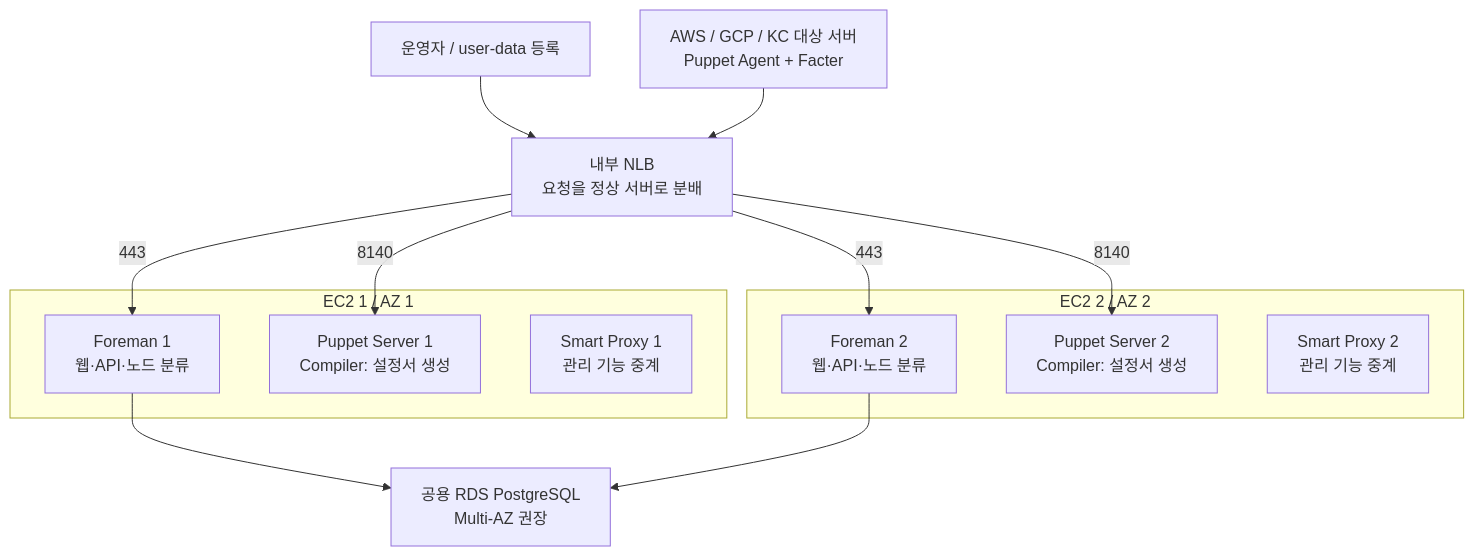
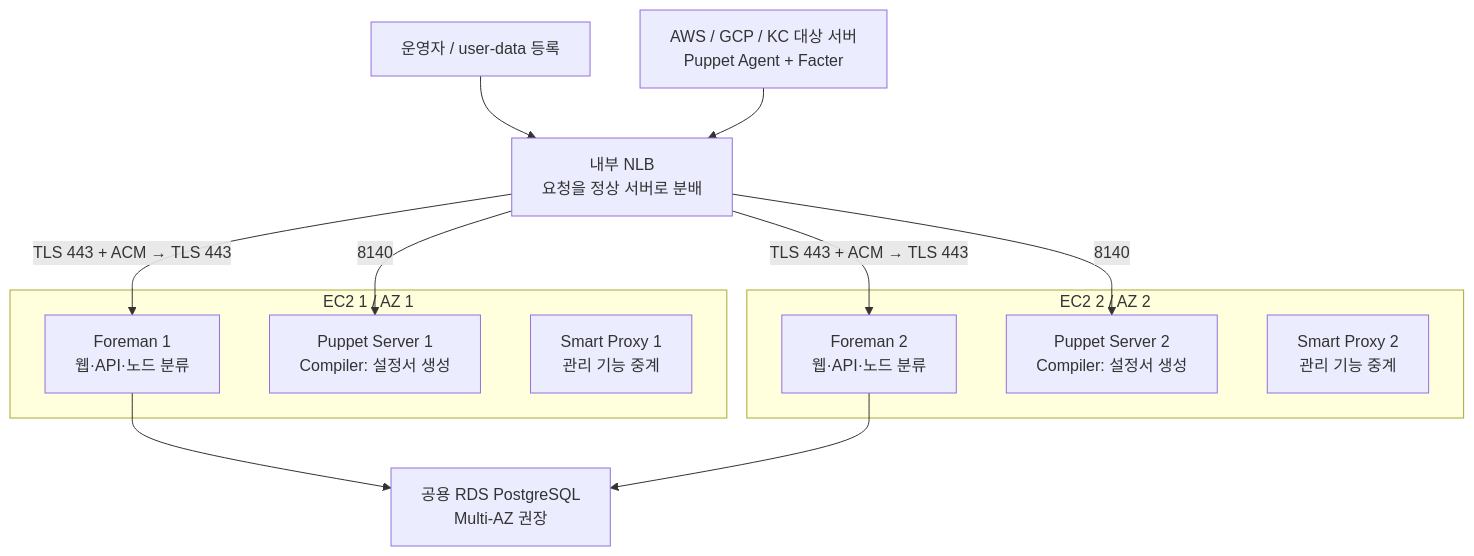
One commit to heyoon2j/y2-devops-lab changed the third of 5 diagrams in foreman-puppet/docs/ARCHITECTURE_GUIDE.md. Above: the diagram before and after it, drawn with Mermaid. The commit also changed other lines of this file and 17 other files, not shown here.

Commit message:
feat(foreman-puppet): use ACM on NLB and separate backend service TLS

````diff
--- a/foreman-puppet/docs/ARCHITECTURE_GUIDE.md
+++ b/foreman-puppet/docs/ARCHITECTURE_GUIDE.md
@@ -159,21 +159,21 @@
 ```mermaid
 flowchart TB
     U["운영자 / user-data 등록"] --> L["내부 NLB\n요청을 정상 서버로 분배"]
     A["AWS / GCP / KC 대상 서버\nPuppet Agent + Facter"] --> L
     subgraph V1["EC2 1 / AZ 1"]
       F1["Foreman 1\n웹·API·노드 분류"]
       C1["Puppet Server 1\nCompiler: 설정서 생성"]
       S1["Smart Proxy 1\n관리 기능 중계"]
     end
     subgraph V2["EC2 2 / AZ 2"]
       F2["Foreman 2\n웹·API·노드 분류"]
       C2["Puppet Server 2\nCompiler: 설정서 생성"]
       S2["Smart Proxy 2\n관리 기능 중계"]
     end
-    L -->|"443"| F1
-    L -->|"443"| F2
+    L -->|"TLS 443 + ACM → TLS 443"| F1
+    L -->|"TLS 443 + ACM → TLS 443"| F2
     L -->|"8140"| C1
     L -->|"8140"| C2
     F1 --> D["공용 RDS PostgreSQL\nMulti-AZ 권장"]
     F2 --> D
 ```
````
